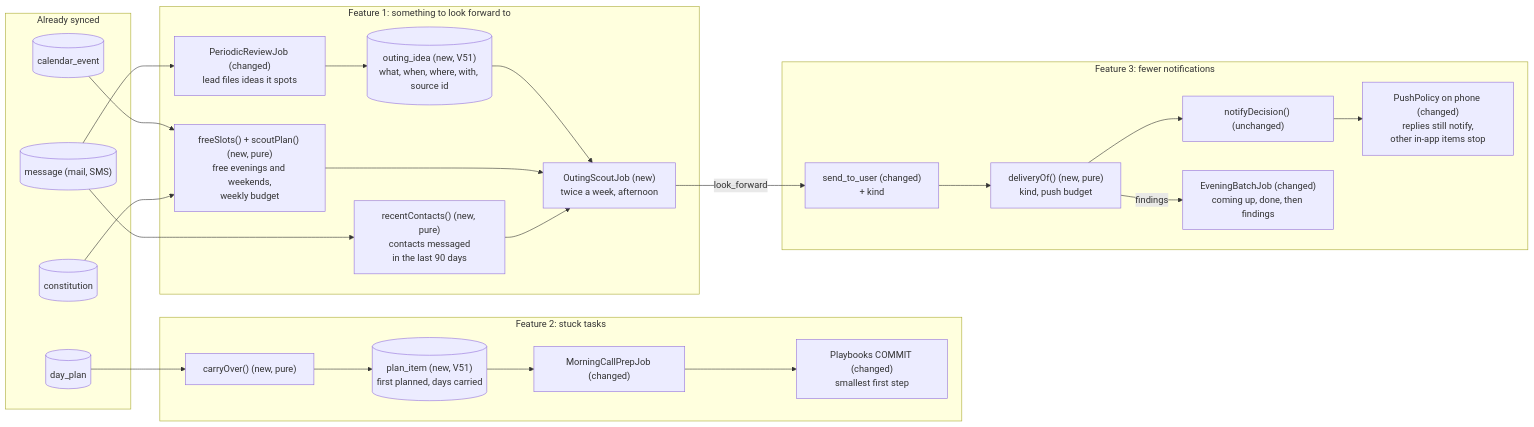
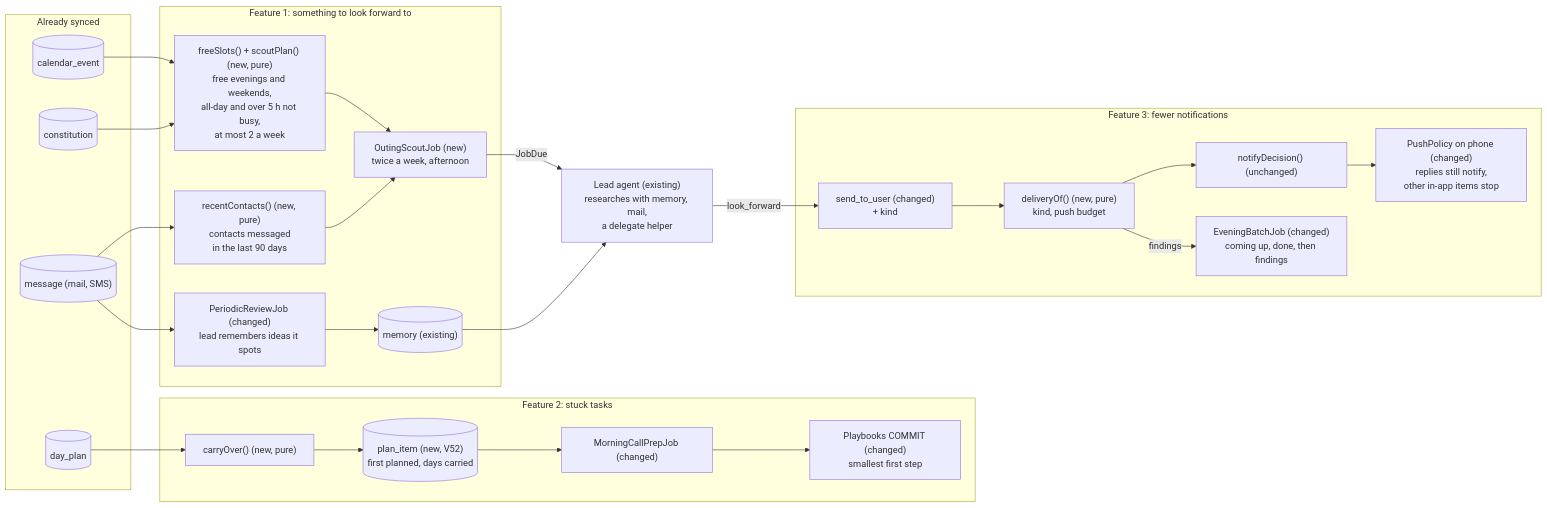
One commit to robog-two/clarity changed the diagram in diagrams/wellbeing/1-overview.mmd. Above: the diagram before and after it, drawn with Mermaid. The commit also changed 5 other files, not shown here.

First line of the commit message:
Diagrams: outings research the normal way, no idea table or gate

```diff
--- a/diagrams/wellbeing/1-overview.mmd
+++ b/diagrams/wellbeing/1-overview.mmd
@@ -1,45 +1,46 @@
 flowchart LR
   subgraph Have["Already synced"]
     CAL[("calendar_event")]
     MSG[("message (mail, SMS)")]
     PLAN[("day_plan")]
     CON[("constitution")]
   end
 
   subgraph Outings["Feature 1: something to look forward to"]
-    REVIEW["PeriodicReviewJob (changed)<br/>lead files ideas it spots"]
-    IDEAS[("outing_idea (new, V51)<br/>what, when, where, with, source id")]
+    REVIEW["PeriodicReviewJob (changed)<br/>lead remembers ideas it spots"]
+    MEM[("memory (existing)")]
     SCOUT["OutingScoutJob (new)<br/>twice a week, afternoon"]
-    FREE["freeSlots() + scoutPlan() (new, pure)<br/>free evenings and weekends,<br/>weekly budget"]
+    FREE["freeSlots() + scoutPlan() (new, pure)<br/>free evenings and weekends,<br/>all-day and over 5 h not busy,<br/>at most 2 a week"]
     SEEN["recentContacts() (new, pure)<br/>contacts messaged<br/>in the last 90 days"]
   end
 
   subgraph Stuck["Feature 2: stuck tasks"]
-    ITEMS[("plan_item (new, V51)<br/>first planned, days carried")]
+    ITEMS[("plan_item (new, V52)<br/>first planned, days carried")]
     CARRY["carryOver() (new, pure)"]
     PREP["MorningCallPrepJob (changed)"]
     PLAYBOOK["Playbooks COMMIT (changed)<br/>smallest first step"]
   end
 
   subgraph Diet["Feature 3: fewer notifications"]
     SEND["send_to_user (changed)<br/>+ kind"]
     DELIVERY["deliveryOf() (new, pure)<br/>kind, push budget"]
     POLICY["notifyDecision() (unchanged)"]
     EVENING["EveningBatchJob (changed)<br/>coming up, done, then findings"]
     PHONE["PushPolicy on phone (changed)<br/>replies still notify,<br/>other in-app items stop"]
   end
 
-  MSG --> REVIEW --> IDEAS
+  MSG --> REVIEW --> MEM
   CAL --> FREE
   CON --> FREE
   MSG --> SEEN
-  IDEAS --> SCOUT
   FREE --> SCOUT
   SEEN --> SCOUT
-  SCOUT -->|"look_forward"| SEND
+  SCOUT -->|"JobDue"| LEAD["Lead agent (existing)<br/>researches with memory, mail,<br/>a delegate helper"]
+  MEM --> LEAD
+  LEAD -->|"look_forward"| SEND
 
   PLAN --> CARRY --> ITEMS
   ITEMS --> PREP --> PLAYBOOK
 
   SEND --> DELIVERY --> POLICY --> PHONE
   DELIVERY -->|"findings"| EVENING
```
